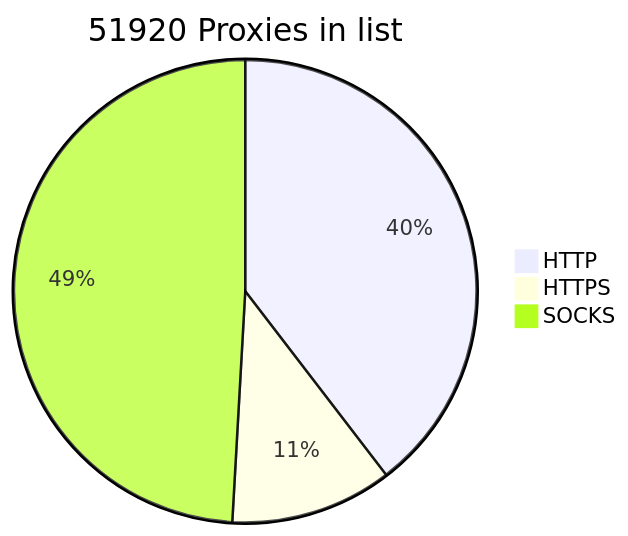
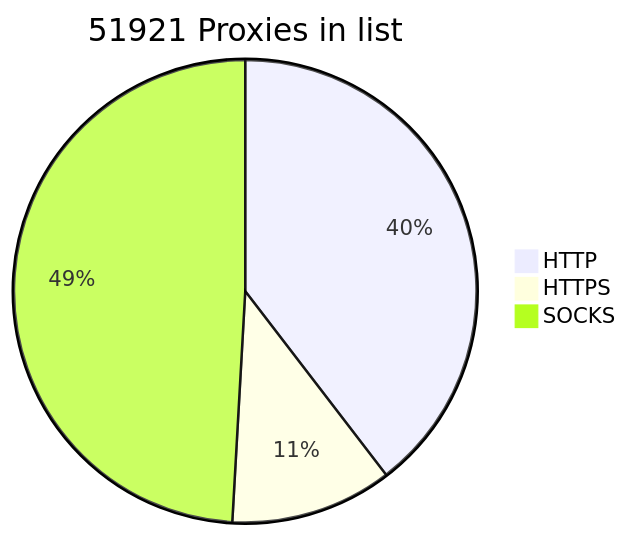
The diagram in README.md (BlackSnowDot/proxylist-update-every-minute), drawn with Mermaid before and after one commit.

````diff
--- a/README.md
+++ b/README.md
@@ -2,6 +2,6 @@
 ```mermaid
-pie title 51920 Proxies in list
+pie title 51921 Proxies in list
     "HTTP" : 22840
     "HTTPS": 6530
-    "SOCKS" : 28339
+    "SOCKS" : 28340
 ```
````
